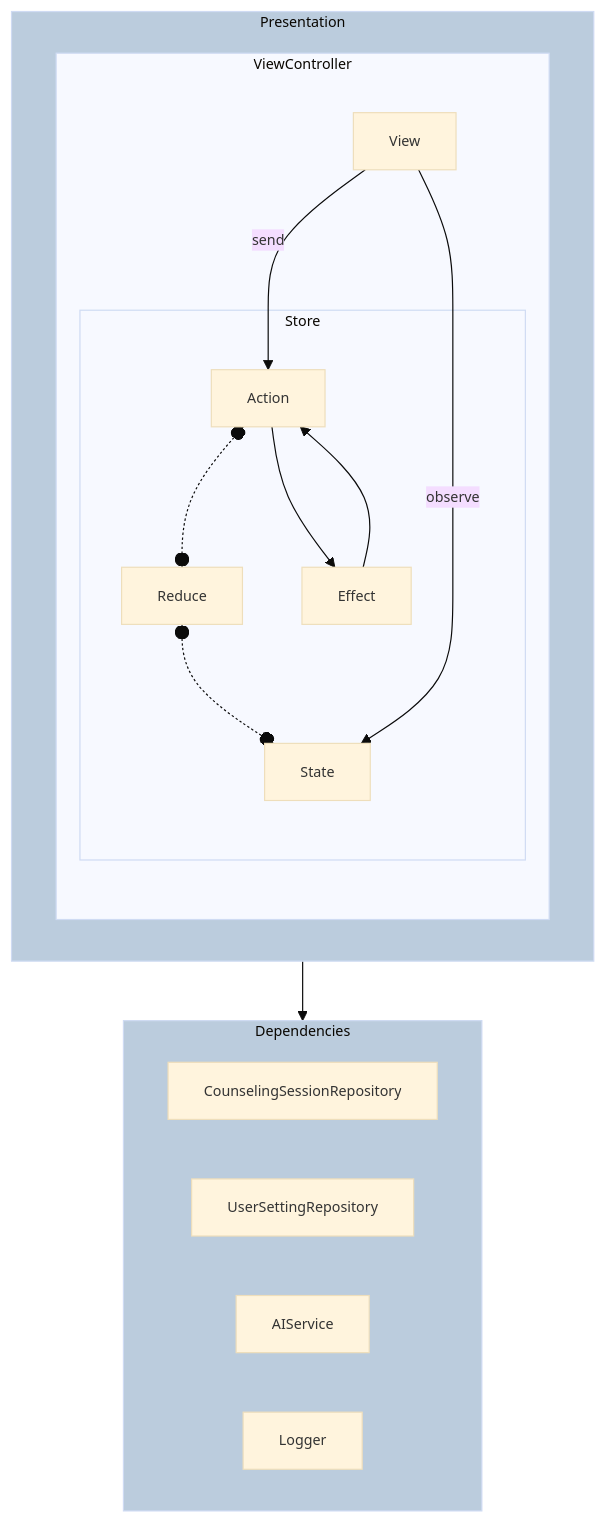
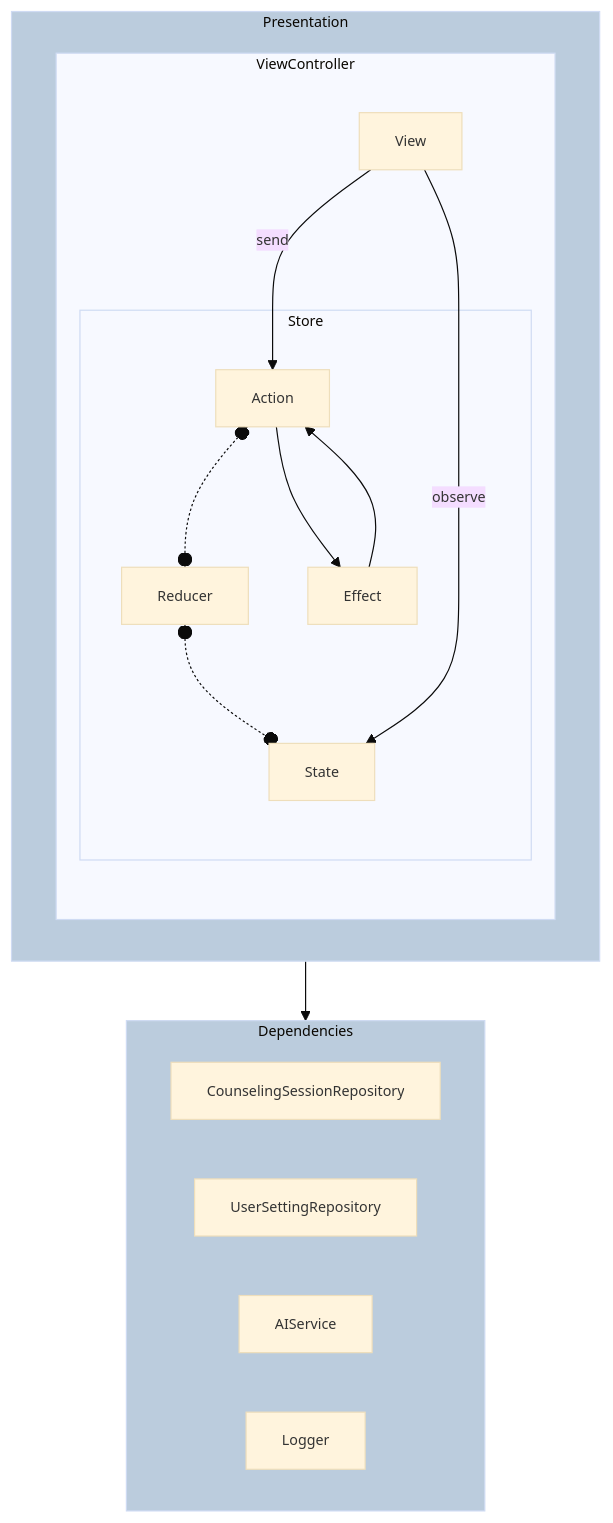
One commit to LURKS02/GloomyDiary changed the diagram in README.md. Above: the diagram before and after it, drawn with Mermaid.

````diff
--- a/README.md
+++ b/README.md
@@ -62,29 +62,29 @@
 ```mermaid
 %%{init: {"theme": "base", "themeVariables": {"fontSize": "12px", "nodeSpacing": "5"}}}%%
 
 flowchart TD
     subgraph Presentation
     subgraph ViewController
     View -- send --> Action
     subgraph Store
-    Action o-.-o Reduce
-    Reduce o-.-o State
+    Action o-.-o Reducer
+    Reducer o-.-o State
     Action --> Effect
     Effect --> Action
     end
     View -- observe --> State
     end
     end
     style Presentation fill:#bcd
 
     subgraph Dependencies
     
     CounselingSessionRepository
     UserSettingRepository
     AIService
     Logger
     end
 
     Presentation-->Dependencies
     style Dependencies fill:#bcd
 ```
````
